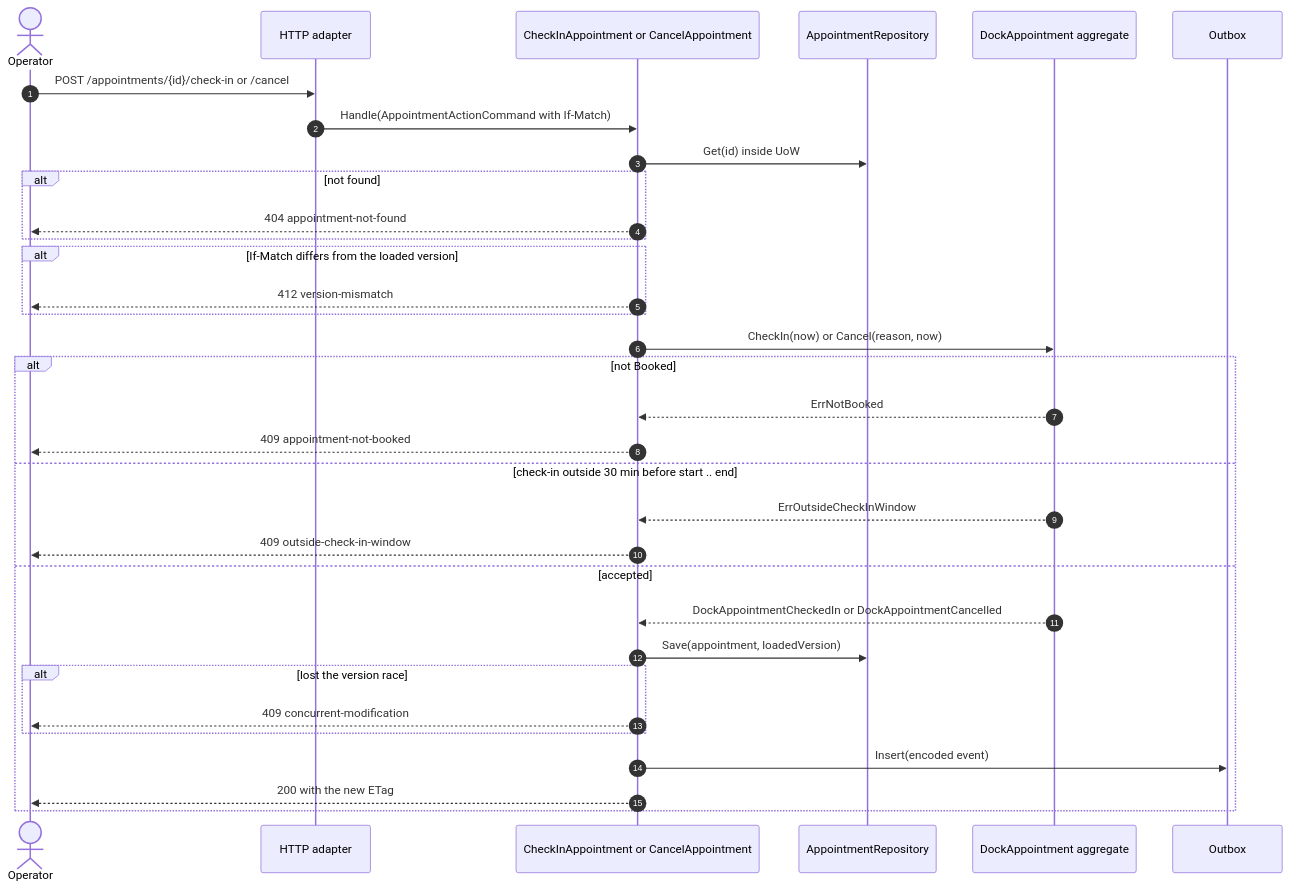
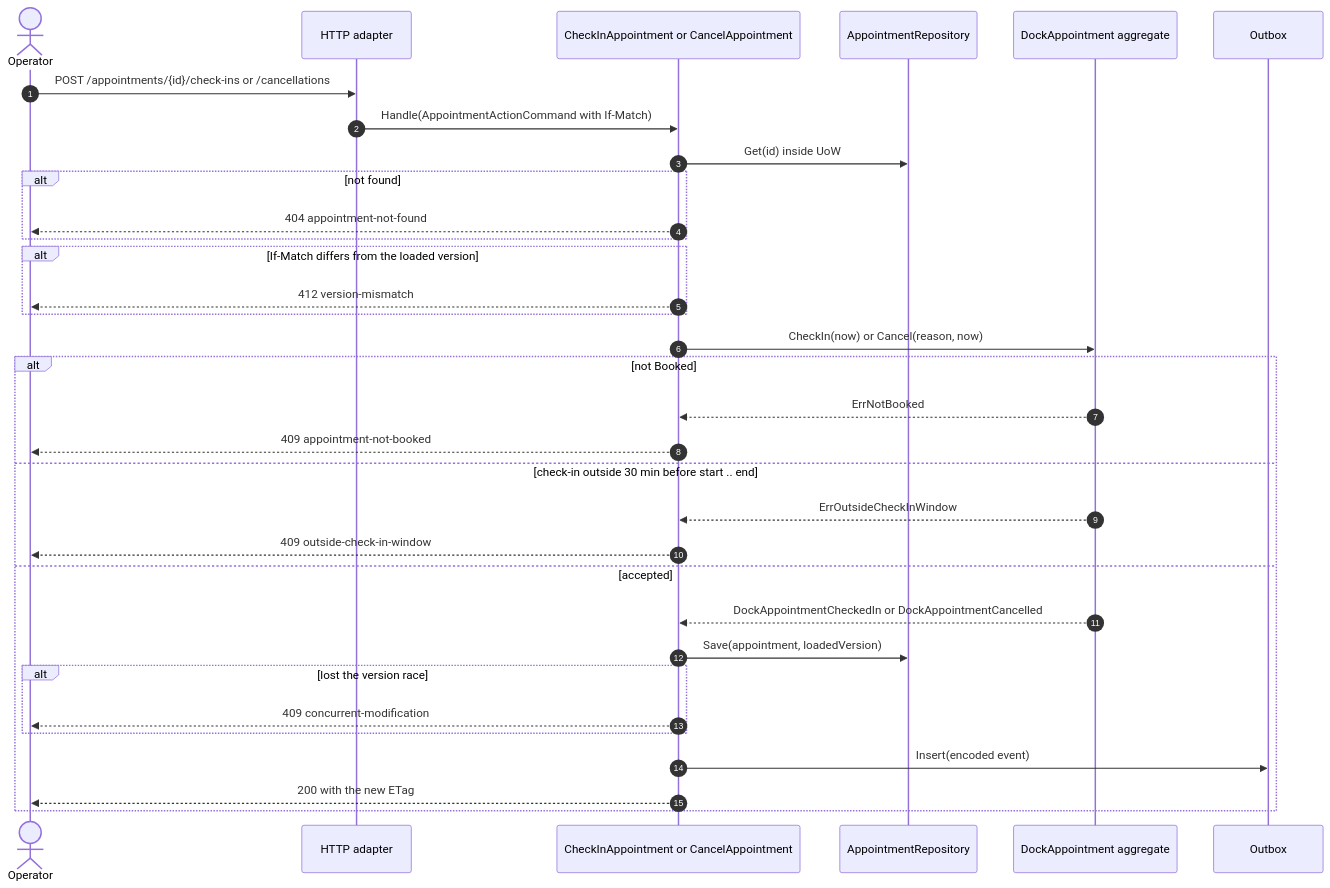
One commit to IQVO/warehouse-docs changed the third of 8 diagrams in docs/contexts/inbound-receiving/sequence-diagrams.md. Above: the diagram before and after it, drawn with Mermaid. The commit also changed other lines of this file and 272 other files, not shown here.

````diff
--- a/docs/contexts/inbound-receiving/sequence-diagrams.md
+++ b/docs/contexts/inbound-receiving/sequence-diagrams.md
@@ -123,36 +123,36 @@
 ```mermaid
 sequenceDiagram
   autonumber
   actor Op as Operator
   participant H as HTTP adapter
   participant UC as CheckInAppointment or CancelAppointment
   participant PR as AppointmentRepository
   participant D as DockAppointment aggregate
   participant O as Outbox
 
-  Op->>H: POST /appointments/{id}/check-in or /cancel
+  Op->>H: POST /appointments/{id}/check-ins or /cancellations
   H->>UC: Handle(AppointmentActionCommand with If-Match)
   UC->>PR: Get(id) inside UoW
   alt not found
     UC-->>Op: 404 appointment-not-found
   end
   alt If-Match differs from the loaded version
     UC-->>Op: 412 version-mismatch
   end
   UC->>D: CheckIn(now) or Cancel(reason, now)
   alt not Booked
     D-->>UC: ErrNotBooked
     UC-->>Op: 409 appointment-not-booked
   else check-in outside 30 min before start .. end
     D-->>UC: ErrOutsideCheckInWindow
     UC-->>Op: 409 outside-check-in-window
   else accepted
     D-->>UC: DockAppointmentCheckedIn or DockAppointmentCancelled
     UC->>PR: Save(appointment, loadedVersion)
     alt lost the version race
       UC-->>Op: 409 concurrent-modification
     end
     UC->>O: Insert(encoded event)
     UC-->>Op: 200 with the new ETag
   end
 ```
````
